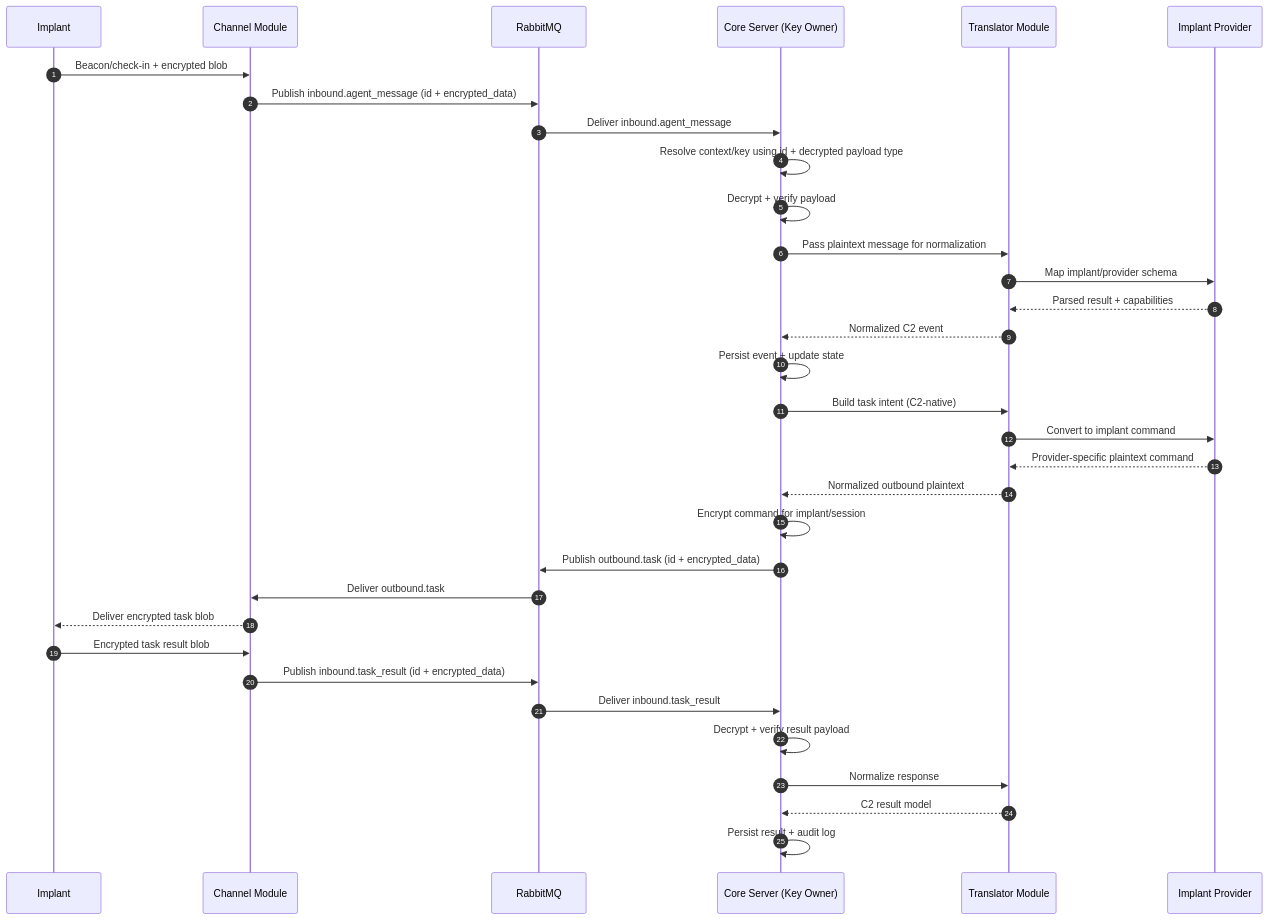
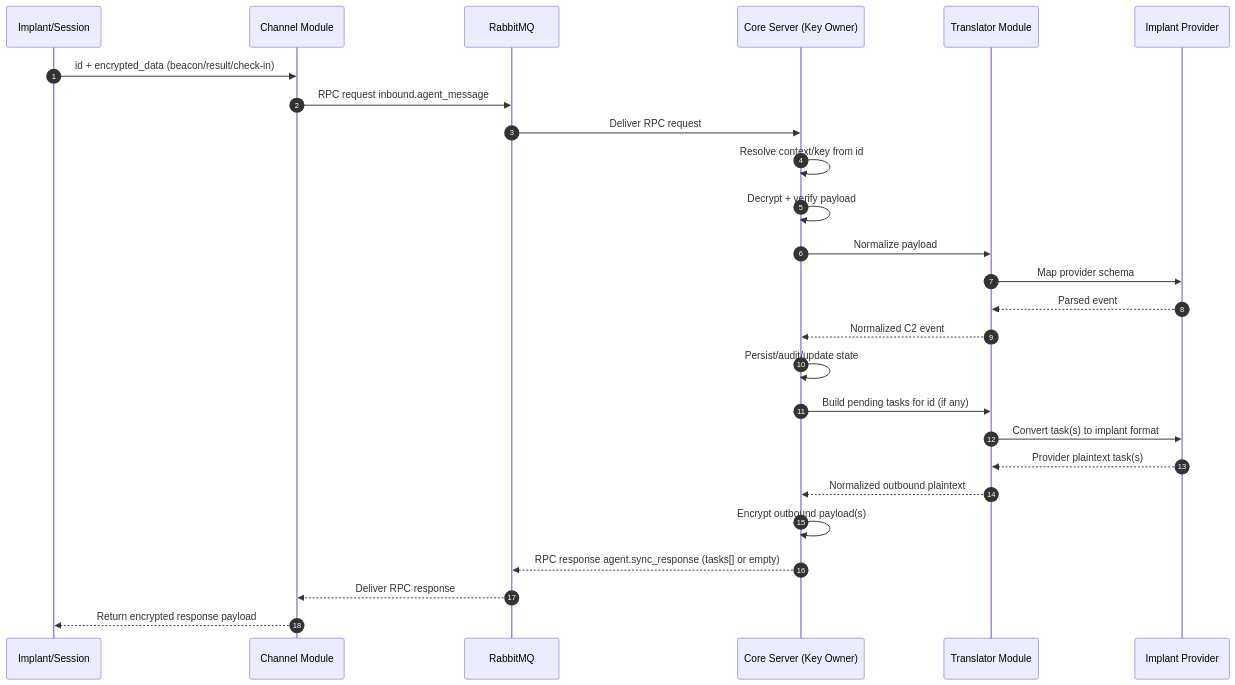
One commit to vibe-c2/vibe-c2-docs changed the diagram in docs/message-flow.md. Above: the diagram before and after it, drawn with Mermaid. The commit also changed other lines of this file and 4 other files, not shown here.

Commit message:
Switch channel-core design to RabbitMQ RPC sync model

````diff
--- a/docs/message-flow.md
+++ b/docs/message-flow.md
@@ -7,38 +7,30 @@
 ```mermaid
 sequenceDiagram
     autonumber
-    participant I as Implant
+    participant I as Implant/Session
     participant CH as Channel Module
     participant MQ as RabbitMQ
     participant CS as Core Server (Key Owner)
     participant TR as Translator Module
     participant IP as Implant Provider
 
-    I->>CH: Beacon/check-in + encrypted blob
-    CH->>MQ: Publish inbound.agent_message (id + encrypted_data)
-    MQ->>CS: Deliver inbound.agent_message
-    CS->>CS: Resolve context/key using id + decrypted payload type
+    I->>CH: id + encrypted_data (beacon/result/check-in)
+    CH->>MQ: RPC request inbound.agent_message
+    MQ->>CS: Deliver RPC request
+    CS->>CS: Resolve context/key from id
     CS->>CS: Decrypt + verify payload
-    CS->>TR: Pass plaintext message for normalization
-    TR->>IP: Map implant/provider schema
-    IP-->>TR: Parsed result + capabilities
+    CS->>TR: Normalize payload
+    TR->>IP: Map provider schema
+    IP-->>TR: Parsed event
     TR-->>CS: Normalized C2 event
-    CS->>CS: Persist event + update state
+    CS->>CS: Persist/audit/update state
 
-    CS->>TR: Build task intent (C2-native)
-    TR->>IP: Convert to implant command
-    IP-->>TR: Provider-specific plaintext command
+    CS->>TR: Build pending tasks for id (if any)
+    TR->>IP: Convert task(s) to implant format
+    IP-->>TR: Provider plaintext task(s)
     TR-->>CS: Normalized outbound plaintext
-    CS->>CS: Encrypt command for implant/session
-    CS->>MQ: Publish outbound.task (id + encrypted_data)
-    MQ->>CH: Deliver outbound.task
-    CH-->>I: Deliver encrypted task blob
-
-    I->>CH: Encrypted task result blob
-    CH->>MQ: Publish inbound.task_result (id + encrypted_data)
-    MQ->>CS: Deliver inbound.task_result
-    CS->>CS: Decrypt + verify result payload
-    CS->>TR: Normalize response
-    TR-->>CS: C2 result model
-    CS->>CS: Persist result + audit log
+    CS->>CS: Encrypt outbound payload(s)
+    CS-->>MQ: RPC response agent.sync_response (tasks[] or empty)
+    MQ-->>CH: Deliver RPC response
+    CH-->>I: Return encrypted response payload
 ```
````
